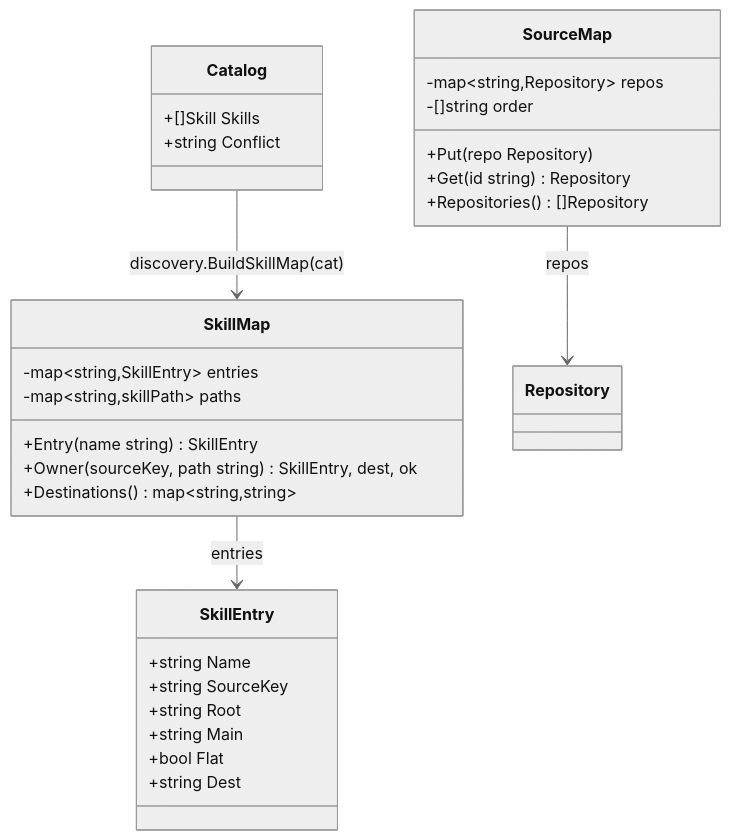
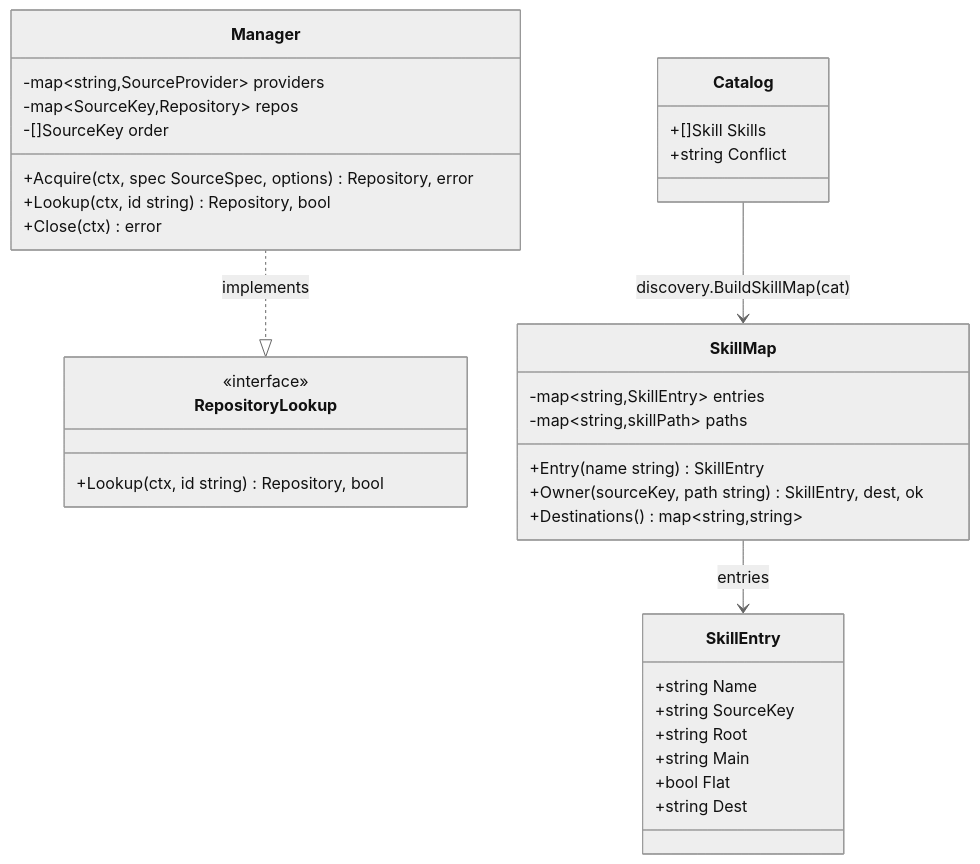
One commit to InsonusK/go-ai-skill-manage changed the third of 3 diagrams in docs/architecture/diagrams.md. Above: the diagram before and after it, drawn with Mermaid (neutral theme). The commit also changed other lines of this file and 23 other files, not shown here.

````diff
--- a/docs/architecture/diagrams.md
+++ b/docs/architecture/diagrams.md
@@ -108,32 +114,37 @@
 ```mermaid
 classDiagram
-    class SourceMap {
-        -map~string,Repository~ repos
-        -[]string order
-        +Put(repo Repository)
-        +Get(id string) Repository
-        +Repositories() []Repository
+    class RepositoryLookup {
+        <<interface>>
+        +Lookup(ctx, id string) Repository, bool
+    }
+    class Manager {
+        -map~string,SourceProvider~ providers
+        -map~SourceKey,Repository~ repos
+        -[]SourceKey order
+        +Acquire(ctx, spec SourceSpec, options) Repository, error
+        +Lookup(ctx, id string) Repository, bool
+        +Close(ctx) error
     }
     class SkillMap {
         -map~string,SkillEntry~ entries
         -map~string,skillPath~ paths
         +Entry(name string) SkillEntry
         +Owner(sourceKey, path string) SkillEntry, dest, ok
         +Destinations() map~string,string~
     }
     class SkillEntry {
         +string Name
         +string SourceKey
         +string Root
         +string Main
         +bool Flat
         +string Dest
     }
     class Catalog {
         +[]Skill Skills
         +string Conflict
     }
     SkillMap --> SkillEntry : entries
     Catalog --> SkillMap : discovery.BuildSkillMap(cat)
-    SourceMap --> Repository : repos
+    Manager ..|> RepositoryLookup : implements
 ```
````
